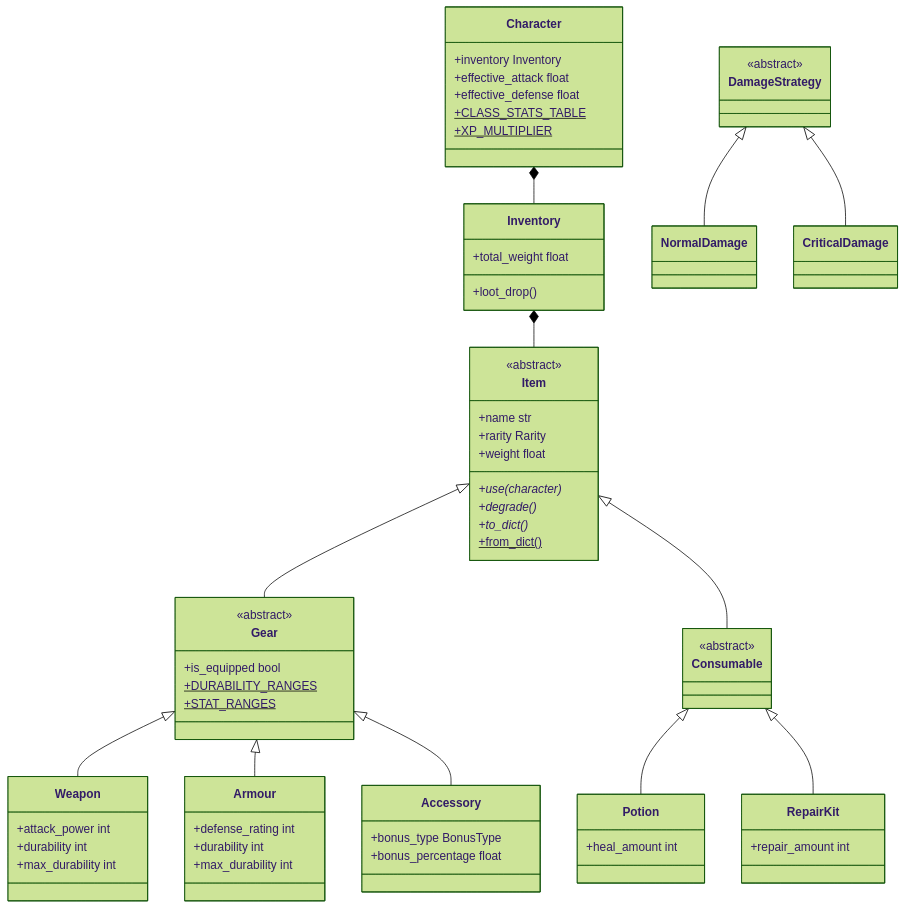
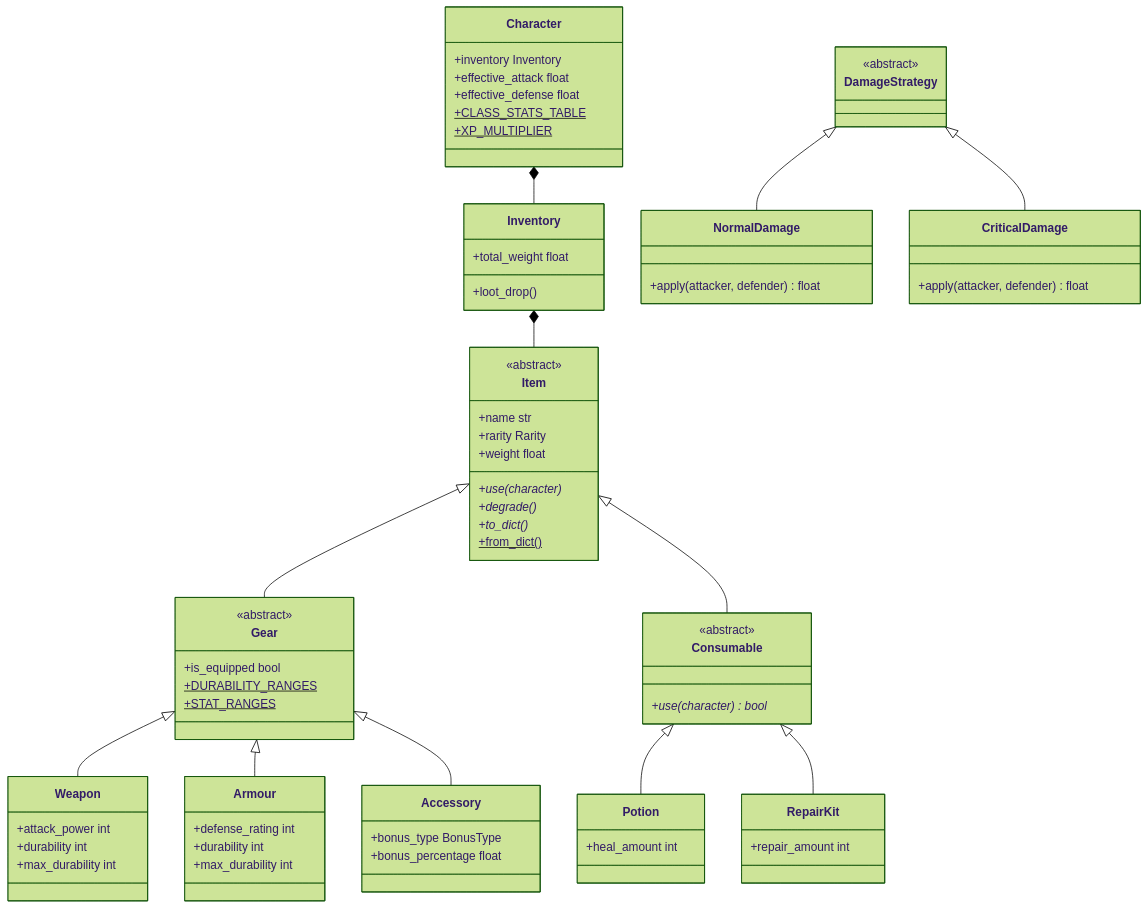
One commit to Rohitchandramouli/ironvault changed the second of 3 diagrams in README.md. Above: the diagram before and after it, drawn with Mermaid (forest theme). The commit also changed other lines of this file, not shown here.

````diff
--- a/README.md
+++ b/README.md
@@ -79,64 +79,69 @@
 ```mermaid
 classDiagram
     class Item {
         <<abstract>>
         +name str
         +rarity Rarity
         +weight float
         +use(character)*
         +degrade()*
         +to_dict()*
         +from_dict()$
     }
     class Gear {
         <<abstract>>
         +is_equipped bool
         +DURABILITY_RANGES$
         +STAT_RANGES$
     }
     class Weapon {
         +attack_power int
         +durability int
         +max_durability int
     }
     class Armour {
         +defense_rating int
         +durability int
         +max_durability int
     }
     class Accessory {
         +bonus_type BonusType
         +bonus_percentage float
     }
     class Consumable {
         <<abstract>>
+        +use(character)* bool
     }
     class Potion { +heal_amount int }
     class RepairKit { +repair_amount int }
     class Character {
         +inventory Inventory
         +effective_attack float
         +effective_defense float
         +CLASS_STATS_TABLE$
         +XP_MULTIPLIER$
     }
     class Inventory {
         +total_weight float
         +loot_drop()
     }
     class DamageStrategy { <<abstract>> }
-    class NormalDamage
-    class CriticalDamage
+    class NormalDamage {
+    +apply(attacker, defender) float
+    }
+    class CriticalDamage {
+        +apply(attacker, defender) float
+    }
 
     Item <|-- Gear
     Item <|-- Consumable
     Gear <|-- Weapon
     Gear <|-- Armour
     Gear <|-- Accessory
     Consumable <|-- Potion
     Consumable <|-- RepairKit
     Character *-- Inventory
     Inventory *-- Item
     DamageStrategy <|-- NormalDamage
     DamageStrategy <|-- CriticalDamage
 ```
````
